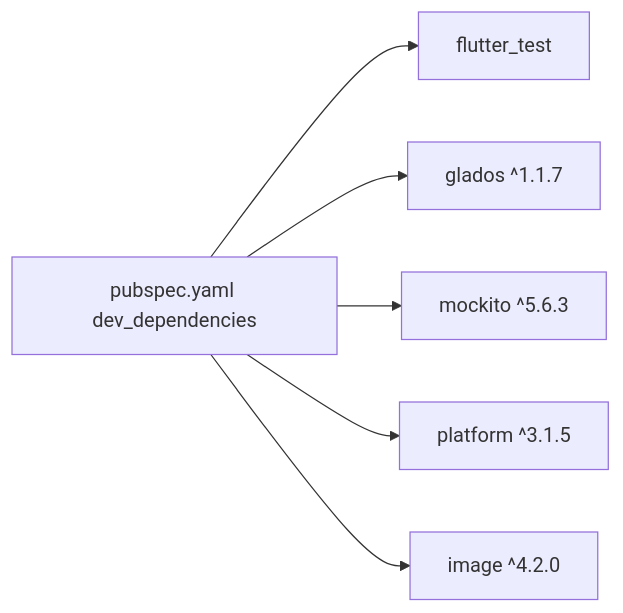
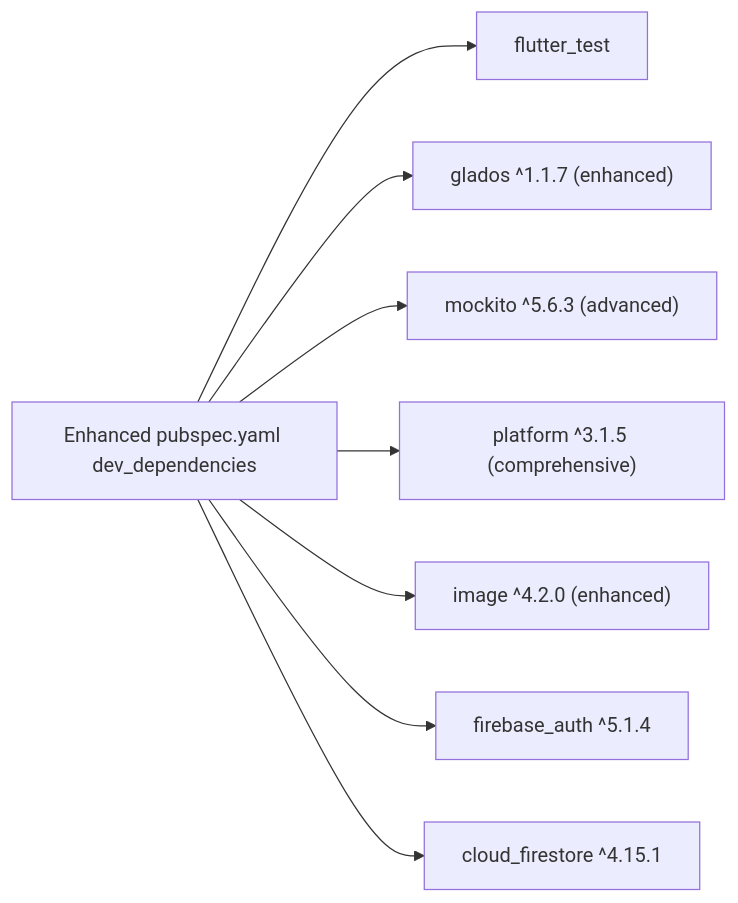
One commit to JAaron93/StyleSync changed diagram 13 of 13 in .qoder/repowiki/en/content/Testing Strategy.md. Above: the diagram before and after it, drawn with Mermaid. The commit also changed other lines of this file and 36 other files, not shown here.

````diff
--- a/.qoder/repowiki/en/content/Testing Strategy.md
+++ b/.qoder/repowiki/en/content/Testing Strategy.md
@@ -481,9 +625,11 @@
 ```mermaid
 graph LR
-PUBL["pubspec.yaml dev_dependencies"]
+PUBL["Enhanced pubspec.yaml dev_dependencies"]
 PUBL --> FT["flutter_test"]
-PUBL --> GL["glados ^1.1.7"]
-PUBL --> MT["mockito ^5.6.3"]
-PUBL --> PL["platform ^3.1.5"]
-PUBL --> IMG["image ^4.2.0"]
+PUBL --> GL["glados ^1.1.7 (enhanced)"]
+PUBL --> MT["mockito ^5.6.3 (advanced)"]
+PUBL --> PL["platform ^3.1.5 (comprehensive)"]
+PUBL --> IMG["image ^4.2.0 (enhanced)"]
+PUBL --> FA["firebase_auth ^5.1.4"]
+PUBL --> CF["cloud_firestore ^4.15.1"]
 ```
````
